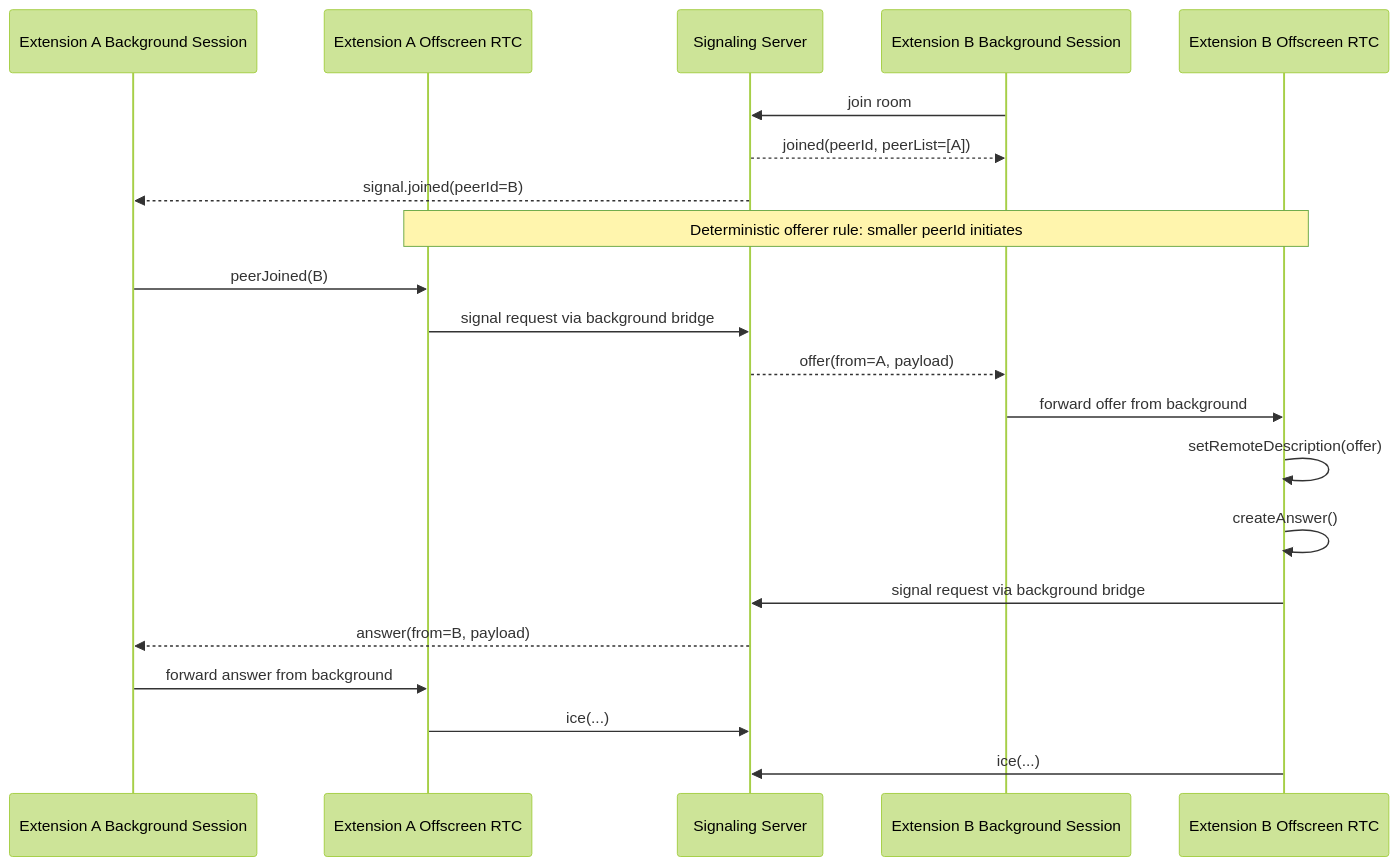
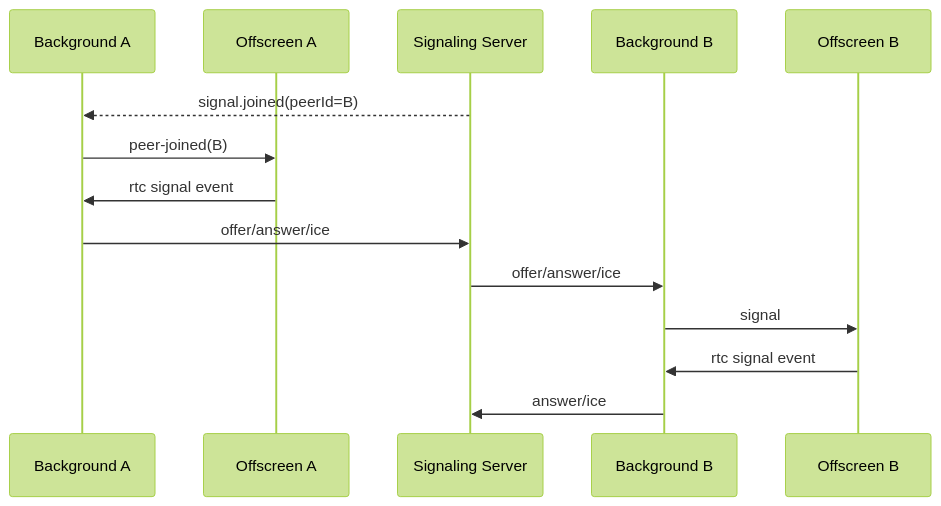
Before and after one commit to crccc/webrtc-chat: the third of 4 diagrams in docs/architecture.md, drawn with Mermaid (forest theme). The commit also changed other lines of this file and 39 other files, not shown here.

````diff
--- a/docs/architecture.md
+++ b/docs/architecture.md
@@ -221,26 +131,17 @@
 ```mermaid
 sequenceDiagram
-  participant A as Extension A Background Session
-  participant OA as Extension A Offscreen RTC
-  participant S as Signaling Server
-  participant B as Extension B Background Session
-  participant OB as Extension B Offscreen RTC
+  participant BGA as Background A
+  participant ODA as Offscreen A
+  participant WS as Signaling Server
+  participant BGB as Background B
+  participant ODB as Offscreen B
 
-  B->>S: join room
-  S-->>B: joined(peerId, peerList=[A])
-  S-->>A: signal.joined(peerId=B)
-
-  Note over OA,OB: Deterministic offerer rule: smaller peerId initiates
-
-  A->>OA: peerJoined(B)
-  OA->>S: signal request via background bridge
-  S-->>B: offer(from=A, payload)
-  B->>OB: forward offer from background
-  OB->>OB: setRemoteDescription(offer)
-  OB->>OB: createAnswer()
-  OB->>S: signal request via background bridge
-  S-->>A: answer(from=B, payload)
-  A->>OA: forward answer from background
-  OA->>S: ice(...)
-  OB->>S: ice(...)
+  WS-->>BGA: signal.joined(peerId=B)
+  BGA->>ODA: peer-joined(B)
+  ODA->>BGA: rtc signal event
+  BGA->>WS: offer/answer/ice
+  WS->>BGB: offer/answer/ice
+  BGB->>ODB: signal
+  ODB->>BGB: rtc signal event
+  BGB->>WS: answer/ice
 ```
````
